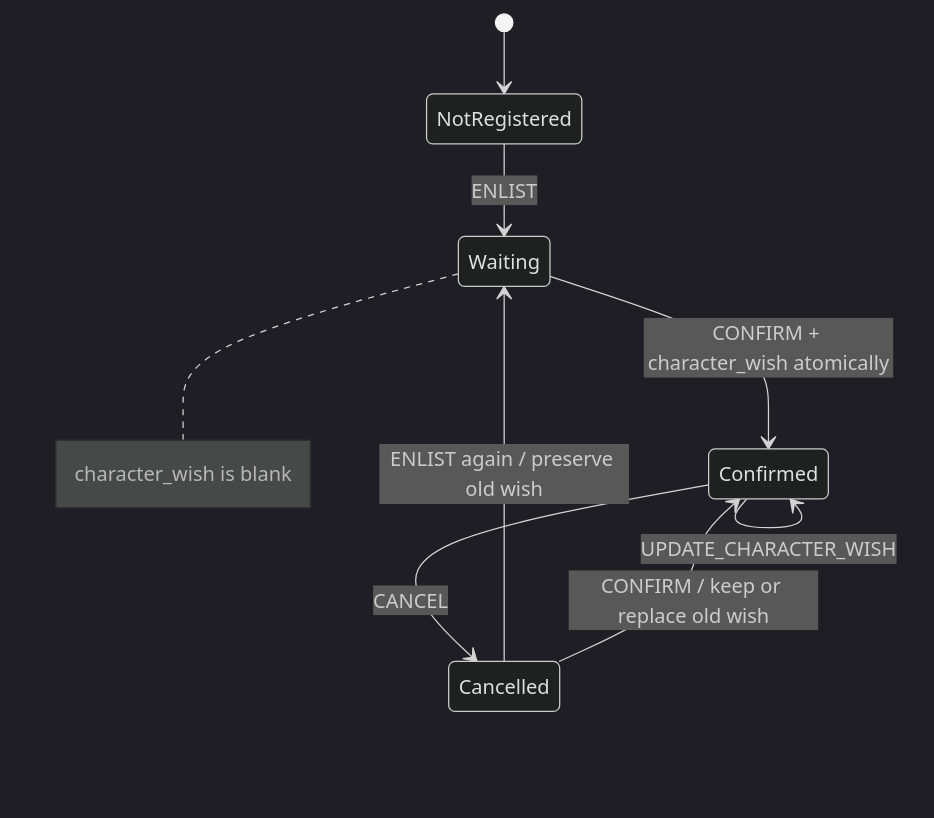
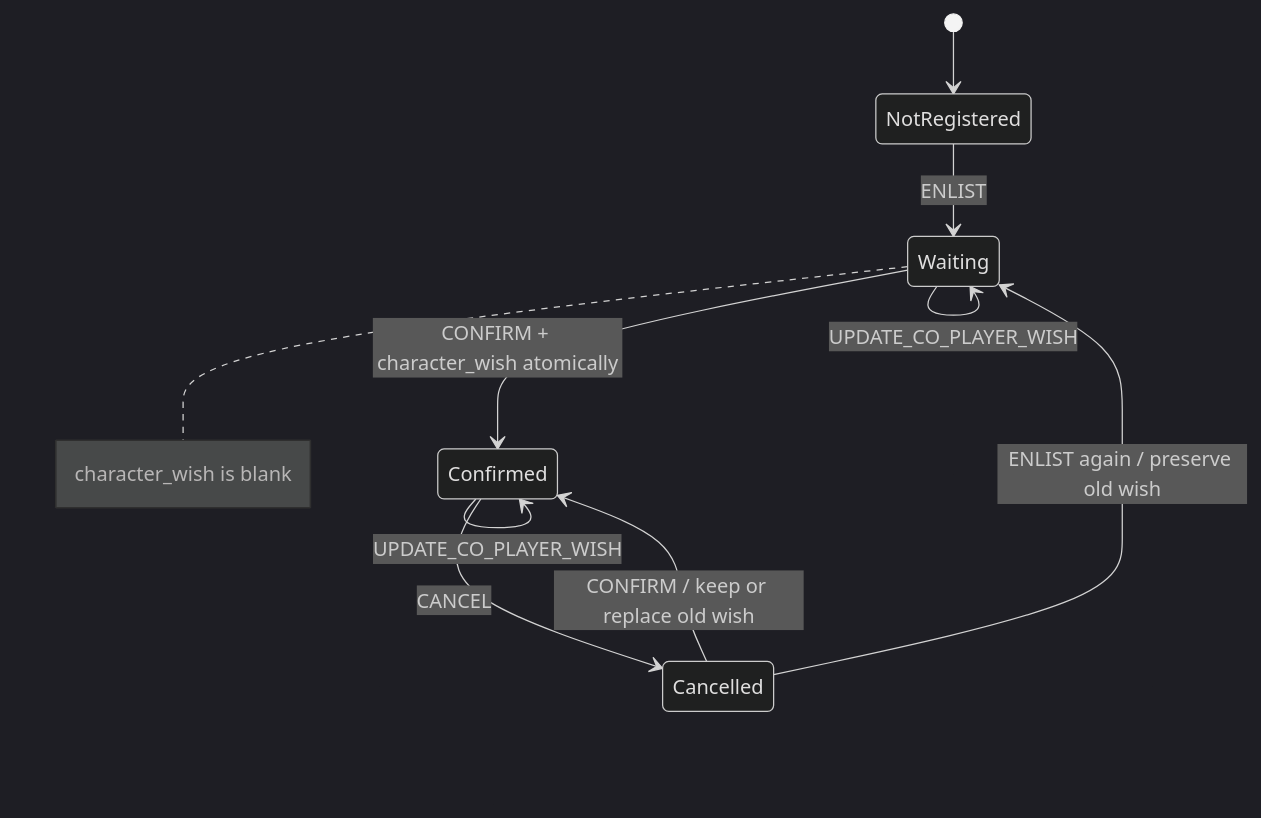
Before and after one commit to ProfessorLayton322/rolebot-hse: the third of 5 diagrams in README.md, drawn with Mermaid (dark theme). The commit also changed other lines of this file and 11 other files, not shown here.

````diff
--- a/README.md
+++ b/README.md
@@ -69,13 +69,15 @@
 ```mermaid
 stateDiagram-v2
     [*] --> NotRegistered
     NotRegistered --> Waiting: ENLIST
     note right of Waiting
       character_wish is blank
     end note
     Waiting --> Confirmed: CONFIRM + character_wish atomically
     Confirmed --> Confirmed: UPDATE_CHARACTER_WISH
+    Waiting --> Waiting: UPDATE_CO_PLAYER_WISH
+    Confirmed --> Confirmed: UPDATE_CO_PLAYER_WISH
     Confirmed --> Cancelled: CANCEL
     Cancelled --> Waiting: ENLIST again / preserve old wish
     Cancelled --> Confirmed: CONFIRM / keep or replace old wish
 ```
````
